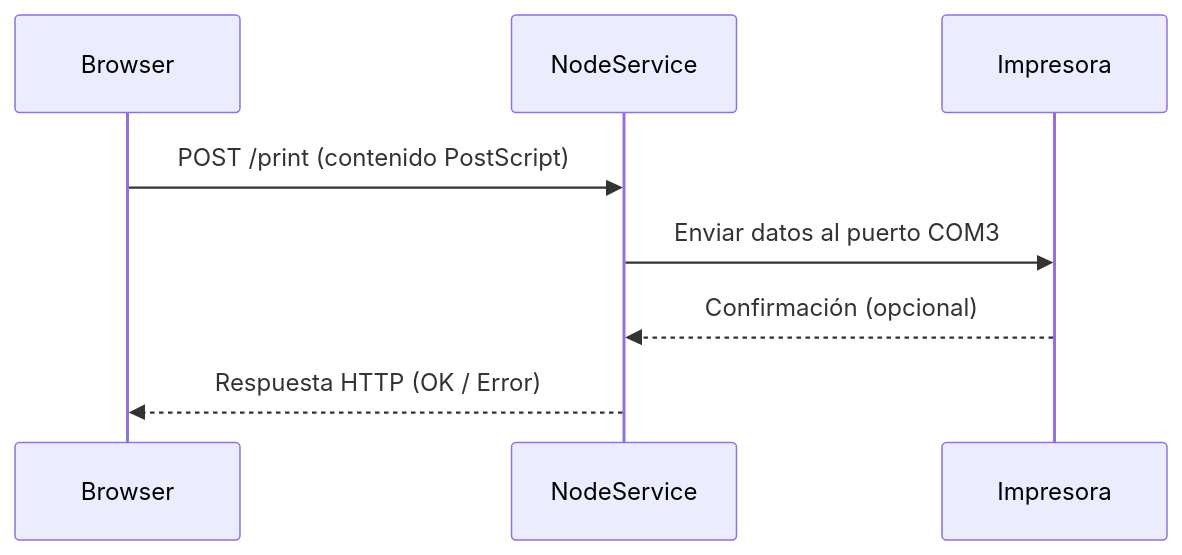
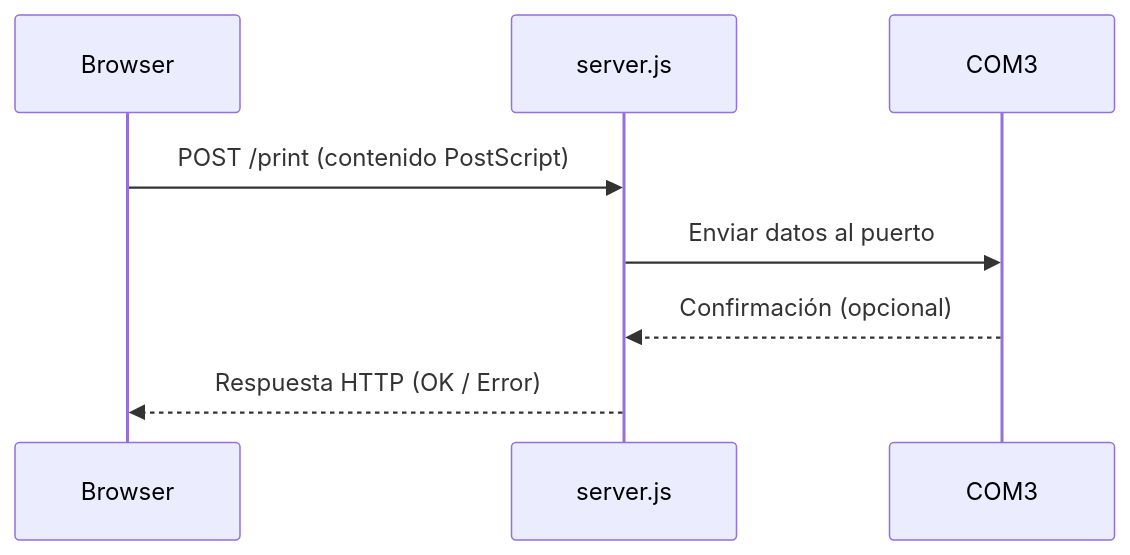
Before and after one commit to mjalaf/ps-printer-emulator: the first of 2 diagrams in README.md, drawn with Mermaid. The commit also changed other lines of this file and 12 other files, not shown here.

````diff
--- a/README.md
+++ b/README.md
@@ -88,11 +92,11 @@
 ```mermaid
 sequenceDiagram
     participant Browser
-    participant NodeService
-    participant Impresora
+    participant server.js
+    participant COM3
 
-    Browser->>NodeService: POST /print (contenido PostScript)
-    NodeService->>Impresora: Enviar datos al puerto COM3
-    Impresora-->>NodeService: Confirmación (opcional)
-    NodeService-->>Browser: Respuesta HTTP (OK / Error)
+    Browser->>server.js: POST /print (contenido PostScript)
+    server.js->>COM3: Enviar datos al puerto
+    COM3-->>server.js: Confirmación (opcional)
+    server.js-->>Browser: Respuesta HTTP (OK / Error)
 ```
````
